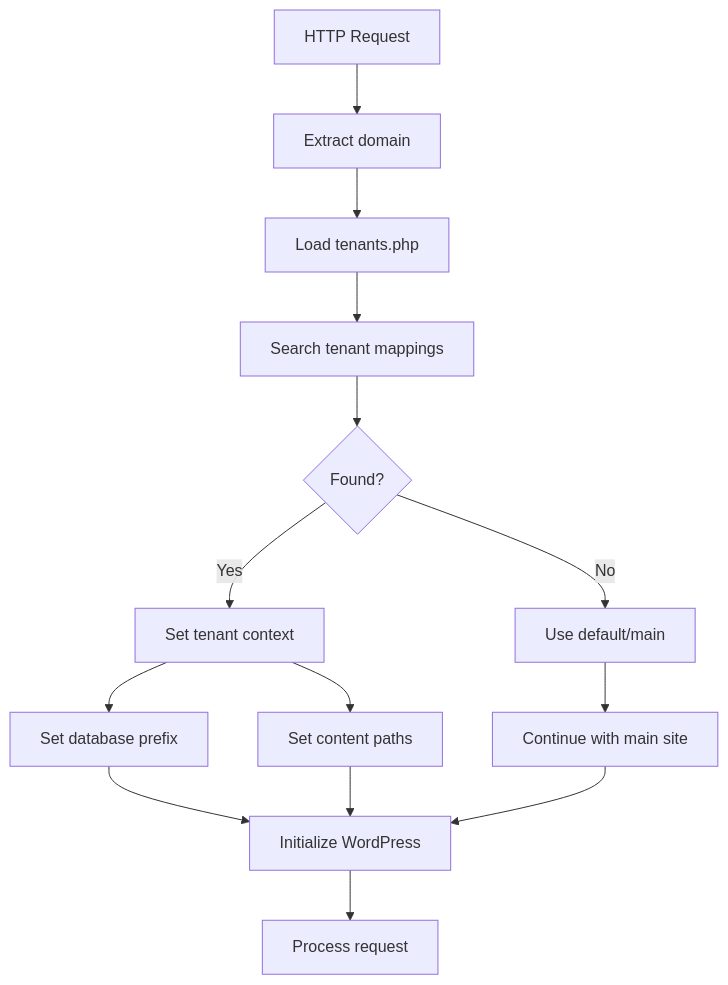
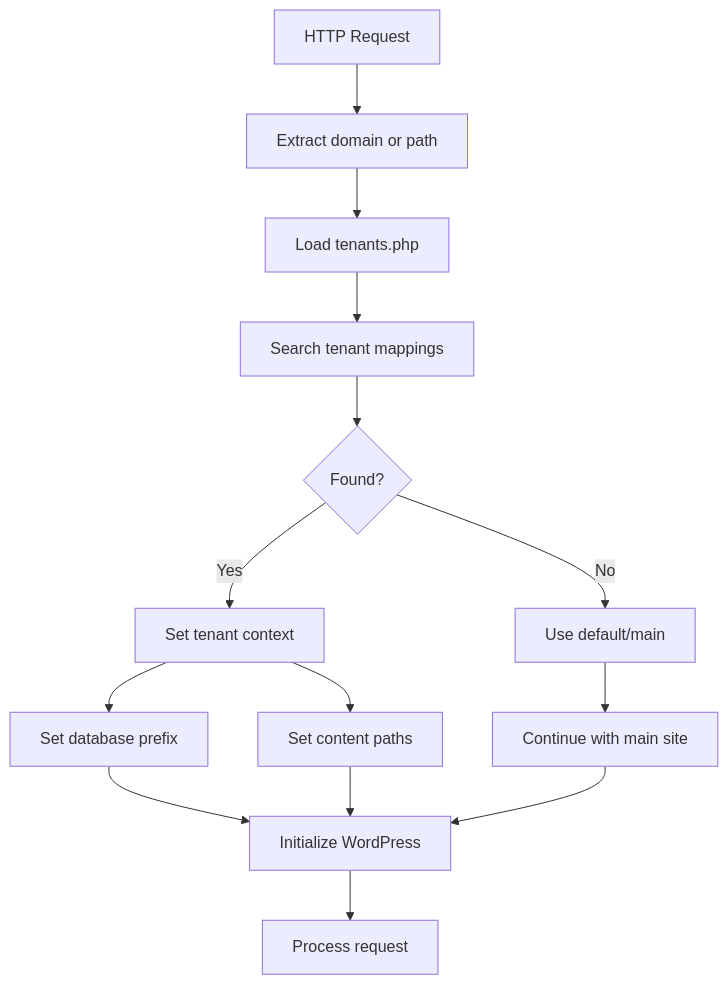
One commit to taicv/grabwp-tenancy changed the diagram in README.md. Above: the diagram before and after it, drawn with Mermaid. The commit also changed other lines of this file and 1 other file, not shown here.

Commit message:
feat: add support for path-based tenant routing and update documentation

````diff
--- a/README.md
+++ b/README.md
@@ -98,16 +99,16 @@
 ```mermaid
 flowchart TD
-    A[HTTP Request] --> B[Extract domain]
+    A[HTTP Request] --> B[Extract domain or path]
     B --> C[Load tenants.php]
     C --> D[Search tenant mappings]
     D --> E{Found?}
     E -->|Yes| F[Set tenant context]
     E -->|No| G[Use default/main]
     F --> H[Set database prefix]
     F --> I[Set content paths]
     G --> J[Continue with main site]
     H --> K[Initialize WordPress]
     I --> K
     J --> K
     K --> L[Process request] 
 ```
````
